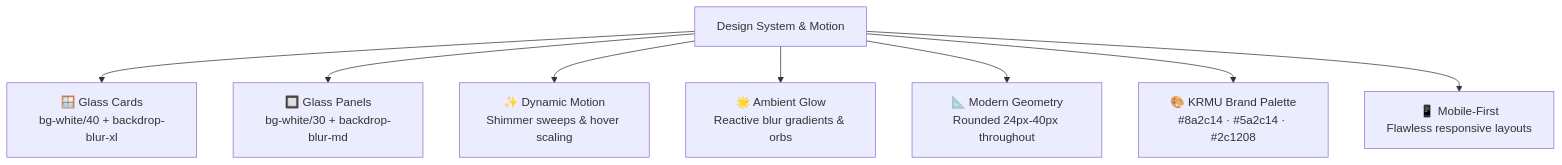
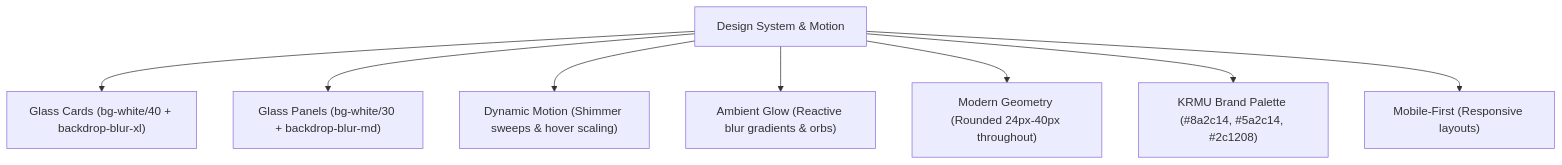
One commit to MRINALPRAKASHFSD/Induction-Program changed the seventh of 7 diagrams in README.md. Above: the diagram before and after it, drawn with Mermaid. The commit also changed other lines of this file, not shown here.

````diff
--- a/README.md
+++ b/README.md
@@ -239,10 +239,10 @@
 ```mermaid
 graph TD
-    DS[Design System & Motion] --> Cards["🪟 Glass Cards\nbg-white/40 + backdrop-blur-xl"]
-    DS --> Panels["🔲 Glass Panels\nbg-white/30 + backdrop-blur-md"]
-    DS --> Motion["✨ Dynamic Motion\nShimmer sweeps & hover scaling"]
-    DS --> Ambience["🌟 Ambient Glow\nReactive blur gradients & orbs"]
-    DS --> Radius["📐 Modern Geometry\nRounded 24px-40px throughout"]
-    DS --> Colors["🎨 KRMU Brand Palette\n#8a2c14 · #5a2c14 · #2c1208"]
-    DS --> Mobile["📱 Mobile-First\nFlawless responsive layouts"]
+    DS[Design System & Motion] --> Cards["Glass Cards (bg-white/40 + backdrop-blur-xl)"]
+    DS --> Panels["Glass Panels (bg-white/30 + backdrop-blur-md)"]
+    DS --> Motion["Dynamic Motion (Shimmer sweeps & hover scaling)"]
+    DS --> Ambience["Ambient Glow (Reactive blur gradients & orbs)"]
+    DS --> Radius["Modern Geometry (Rounded 24px-40px throughout)"]
+    DS --> Colors["KRMU Brand Palette (#8a2c14, #5a2c14, #2c1208)"]
+    DS --> Mobile["Mobile-First (Responsive layouts)"]
 ```
````
